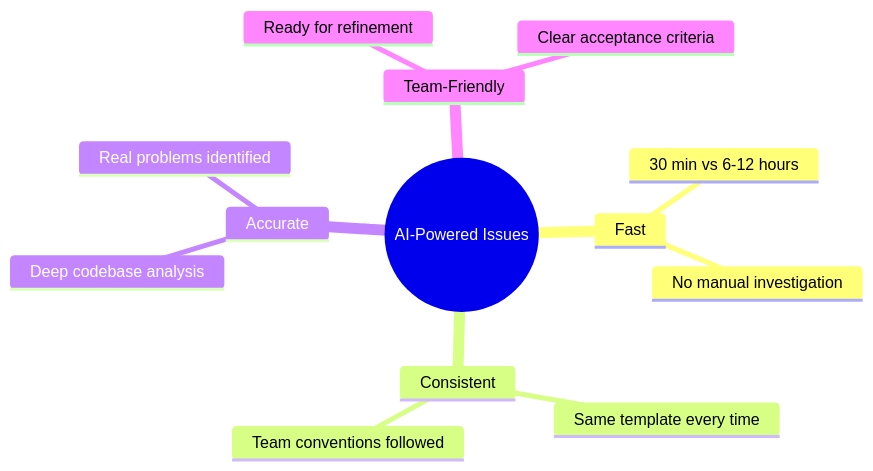
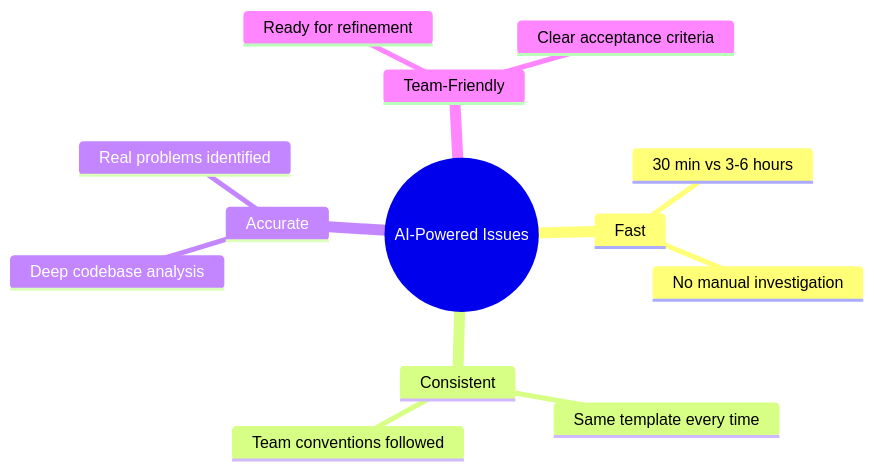
The second of 2 diagrams in _posts/2026-01-09-ai-powered-github-issues-with-copilot-and-claude-opus.md (devantler/devantler), drawn with Mermaid before and after one commit. The commit also changed other lines of this file, not shown here.

````diff
--- a/_posts/2026-01-09-ai-powered-github-issues-with-copilot-and-claude-opus.md
+++ b/_posts/2026-01-09-ai-powered-github-issues-with-copilot-and-claude-opus.md
@@ -398,16 +398,16 @@
 ```mermaid
 mindmap
   root((AI-Powered Issues))
     Fast
-      30 min vs 6-12 hours
+      30 min vs 3-6 hours
       No manual investigation
     Consistent
       Same template every time
       Team conventions followed
     Accurate
       Deep codebase analysis
       Real problems identified
     Team-Friendly
       Ready for refinement
       Clear acceptance criteria
 ```
````
